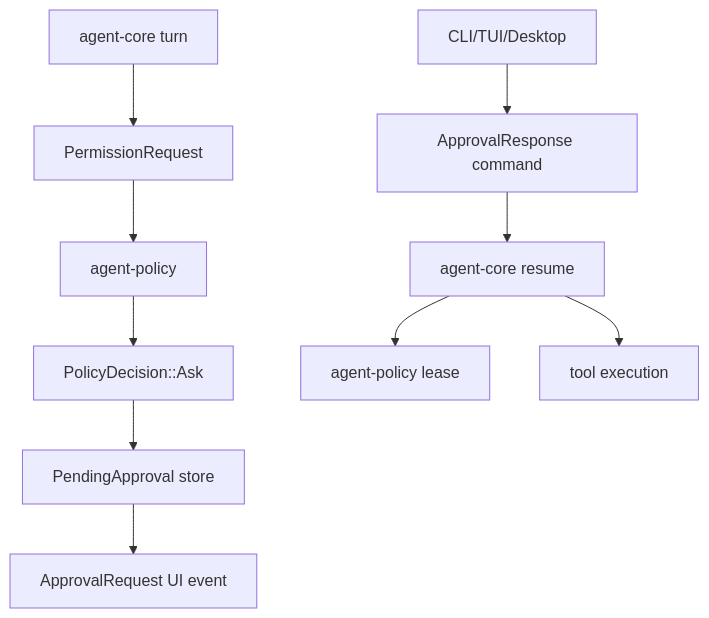
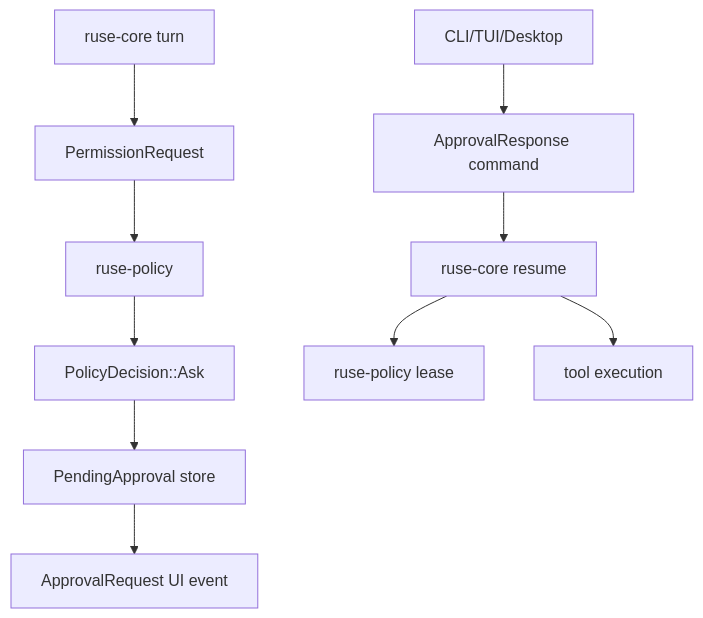
Before and after one commit to poneding/agent: the diagram in docs/specs/M19-00-interactive-approval-technical-design.spec.md, drawn with Mermaid. The commit also changed other lines of this file and 2091 other files, not shown here.

First line of the commit message:
refactor: rename agent branding to ruse

````diff
--- a/docs/specs/M19-00-interactive-approval-technical-design.spec.md
+++ b/docs/specs/M19-00-interactive-approval-technical-design.spec.md
@@ -35,12 +35,12 @@
 ```mermaid
 flowchart TD
-  Runner["agent-core turn"] --> Request["PermissionRequest"]
-  Request --> Policy["agent-policy"]
+  Runner["ruse-core turn"] --> Request["PermissionRequest"]
+  Request --> Policy["ruse-policy"]
   Policy --> Ask["PolicyDecision::Ask"]
   Ask --> Pending["PendingApproval store"]
   Pending --> Bridge["ApprovalRequest UI event"]
   UI["CLI/TUI/Desktop"] --> Response["ApprovalResponse command"]
-  Response --> Core["agent-core resume"]
-  Core --> Lease["agent-policy lease"]
+  Response --> Core["ruse-core resume"]
+  Core --> Lease["ruse-policy lease"]
   Core --> Tool["tool execution"]
 ```
````
